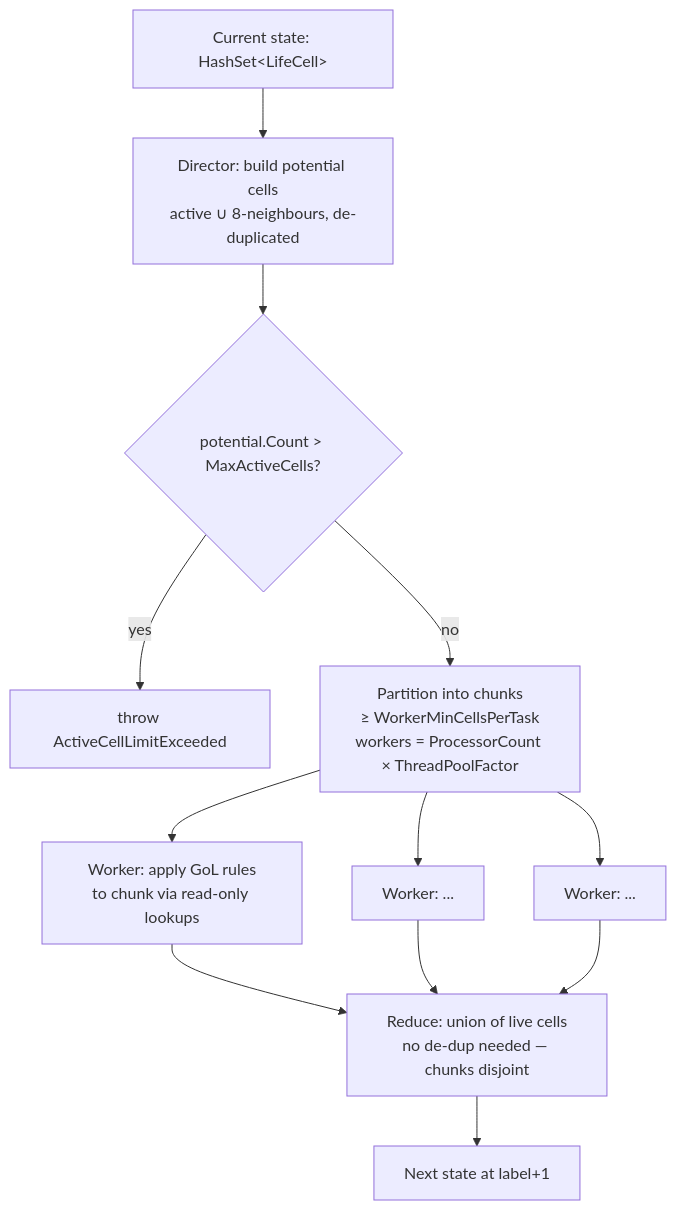
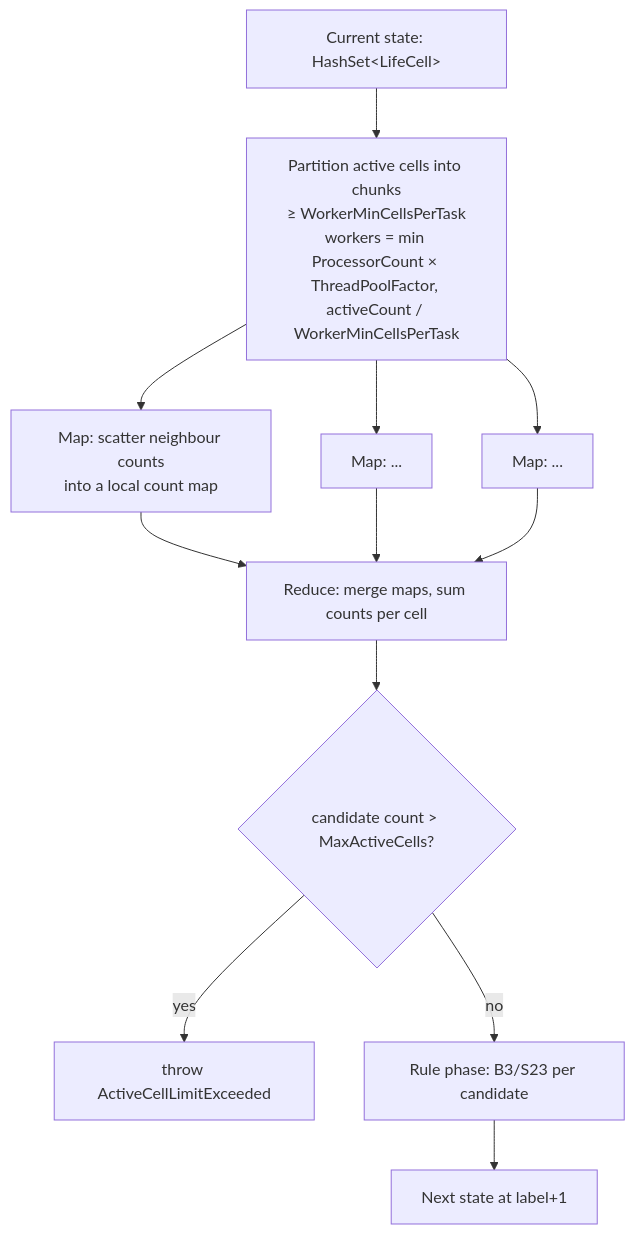
The second of 3 diagrams in README.md (GabrielAtGitHub/LifeService), drawn with Mermaid before and after one commit. The commit also changed other lines of this file and 4 other files, not shown here.

First line of the commit message:
Rewrite compute engine as scatter/accumulate map-reduce

````diff
--- a/README.md
+++ b/README.md
@@ -68,14 +68,14 @@
 ```mermaid
 flowchart TD
-    A[Current state: HashSet&lt;LifeCell&gt;] --> B[Director: build potential cells<br/>active ∪ 8-neighbours, de-duplicated]
-    B --> C{potential.Count &gt; MaxActiveCells?}
-    C -- yes --> E[throw ActiveCellLimitExceeded]
-    C -- no --> D[Partition into chunks<br/>≥ WorkerMinCellsPerTask<br/>workers = ProcessorCount × ThreadPoolFactor]
-    D --> W1[Worker: apply GoL rules<br/>to chunk via read-only lookups]
-    D --> W2[Worker: ...]
-    D --> Wn[Worker: ...]
-    W1 --> R[Reduce: union of live cells<br/>no de-dup needed — chunks disjoint]
+    A[Current state: HashSet&lt;LifeCell&gt;] --> P[Partition active cells into chunks<br/>≥ WorkerMinCellsPerTask<br/>workers = min ProcessorCount × ThreadPoolFactor, activeCount / WorkerMinCellsPerTask]
+    P --> W1[Map: scatter neighbour counts<br/>into a local count map]
+    P --> W2[Map: ...]
+    P --> Wn[Map: ...]
+    W1 --> R[Reduce: merge maps, sum counts per cell]
     W2 --> R
     Wn --> R
-    R --> O[Next state at label+1]
+    R --> C{candidate count &gt; MaxActiveCells?}
+    C -- yes --> E[throw ActiveCellLimitExceeded]
+    C -- no --> Rule[Rule phase: B3/S23 per candidate]
+    Rule --> O[Next state at label+1]
 ```
````
